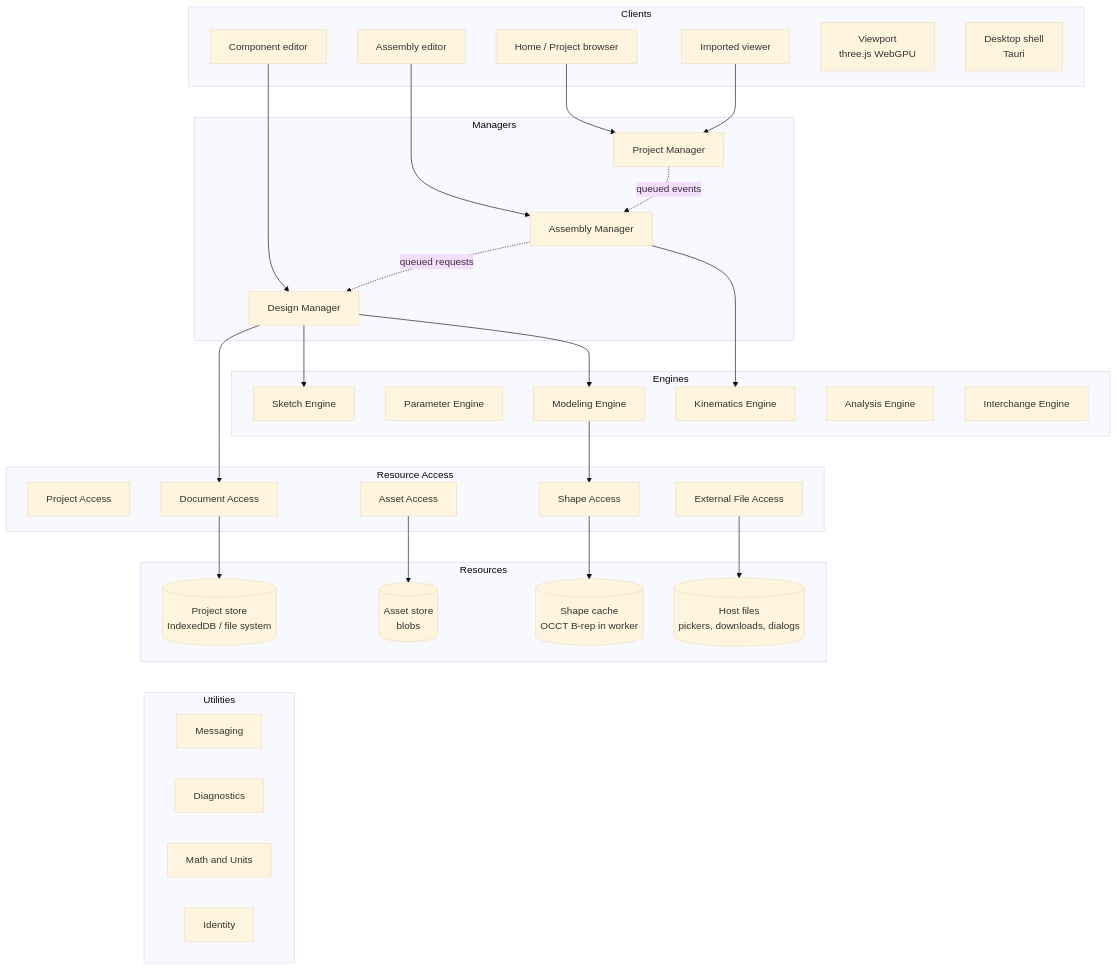
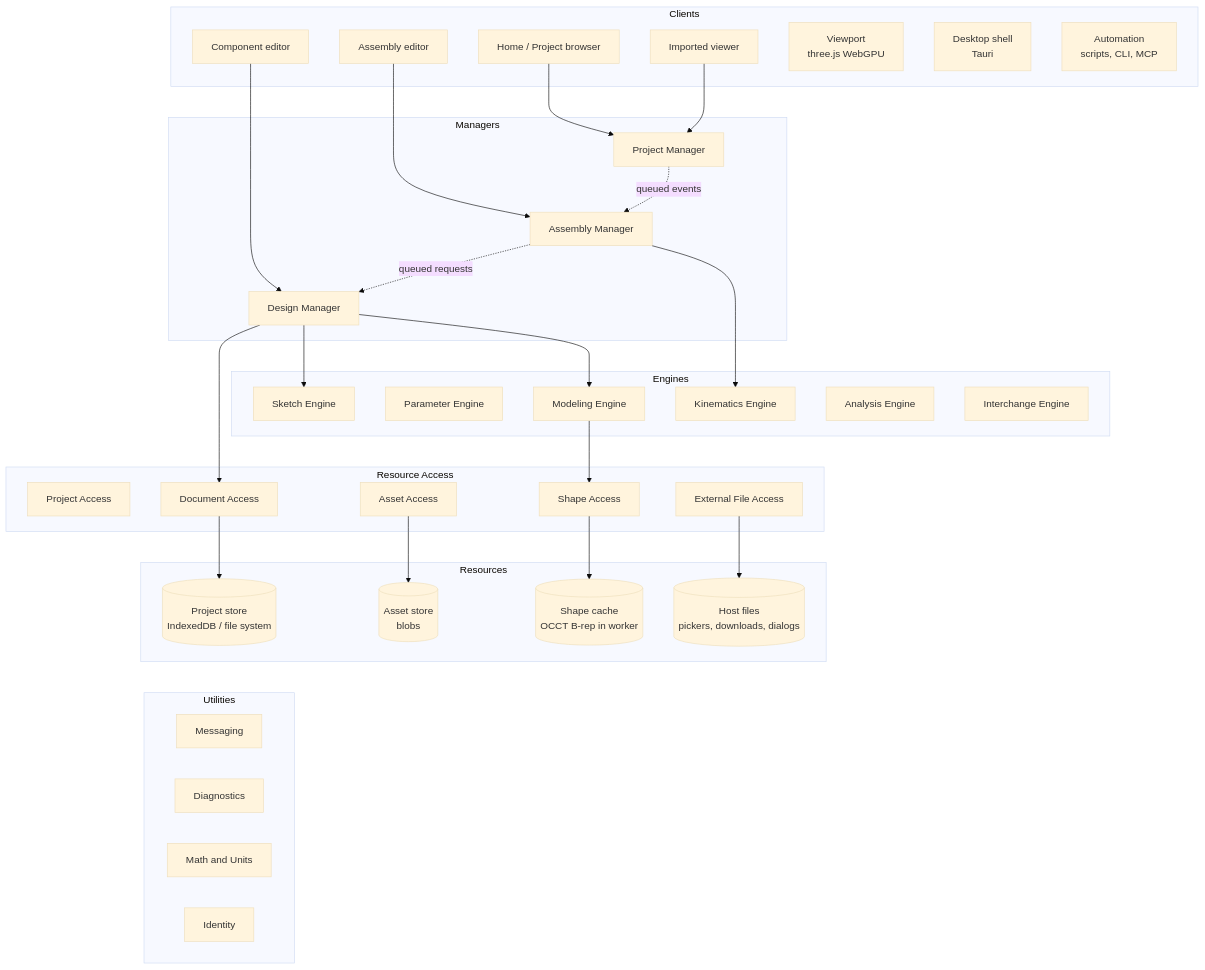
The first of 2 diagrams in docs/Architecture.md (h3ll5ur7er/CADence), drawn with Mermaid (base theme) before and after one commit. The commit also changed other lines of this file and 34 other files, not shown here.

First line of the commit message:
CAD-55, CAD-56: Automation: scripting API, command line and MCP server over the managers; Phase 14 in the wiki (guide, ADR-31)

````diff
--- a/docs/Architecture.md
+++ b/docs/Architecture.md
@@ -9,64 +9,65 @@
 ```mermaid
 flowchart TB
   subgraph Clients
     HOME[Home / Project browser]
     CE[Component editor]
     AE[Assembly editor]
     IV[Imported viewer]
     VP[Viewport<br/>three.js WebGPU]
     DS[Desktop shell<br/>Tauri]
+    AU[Automation<br/>scripts, CLI, MCP]
   end
 
   subgraph Managers
     PM[Project Manager]
     DM[Design Manager]
     AM[Assembly Manager]
   end
 
   subgraph Engines
     SE[Sketch Engine]
     PE[Parameter Engine]
     ME[Modeling Engine]
     KE[Kinematics Engine]
     AN[Analysis Engine]
     IE[Interchange Engine]
   end
 
   subgraph ResourceAccess[Resource Access]
     PA[Project Access]
     DA[Document Access]
     AA[Asset Access]
     SA[Shape Access]
     XA[External File Access]
   end
 
   subgraph Resources
     PS[(Project store<br/>IndexedDB / file system)]
     AS[(Asset store<br/>blobs)]
     SC[(Shape cache<br/>OCCT B-rep in worker)]
     HF[(Host files<br/>pickers, downloads, dialogs)]
   end
 
   subgraph Utilities
     MSG[Messaging]
     DIA[Diagnostics]
     MATH[Math and Units]
     ID[Identity]
   end
 
   HOME --> PM
   IV --> PM
   CE --> DM
   AE --> AM
   PM -. queued events .-> AM
   AM -. queued requests .-> DM
   DM --> SE & ME
   DM --> DA
   AM --> KE
   ME --> SA
   DA --> PS
   AA --> AS
   SA --> SC
   XA --> HF
   Resources ~~~ Utilities
 ```
````
